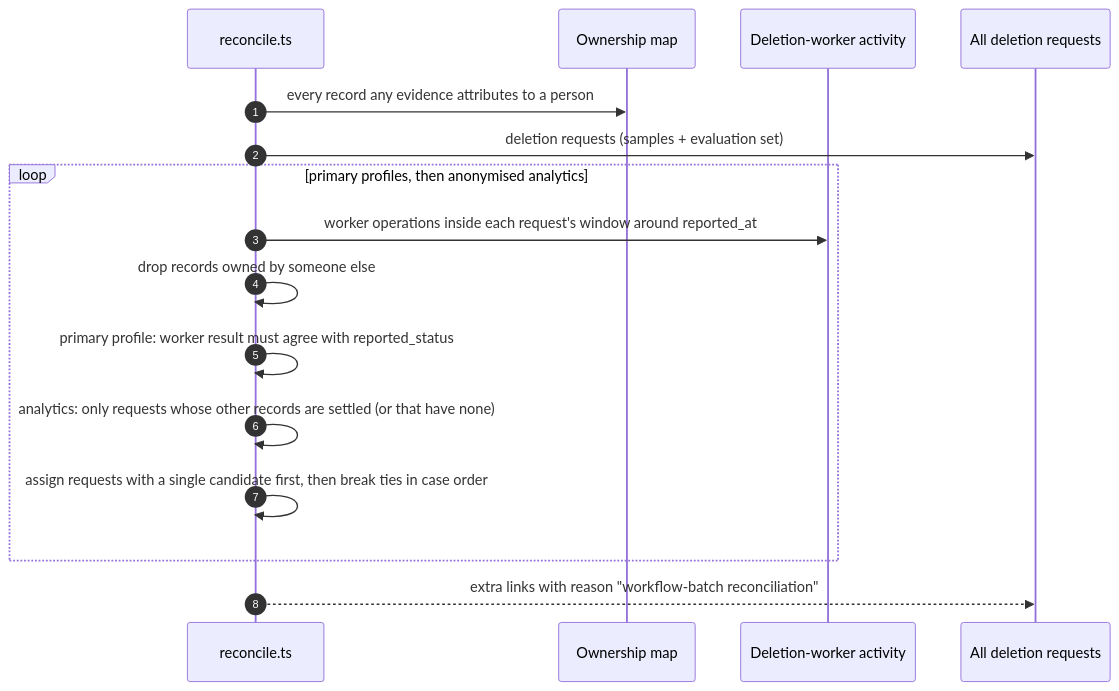
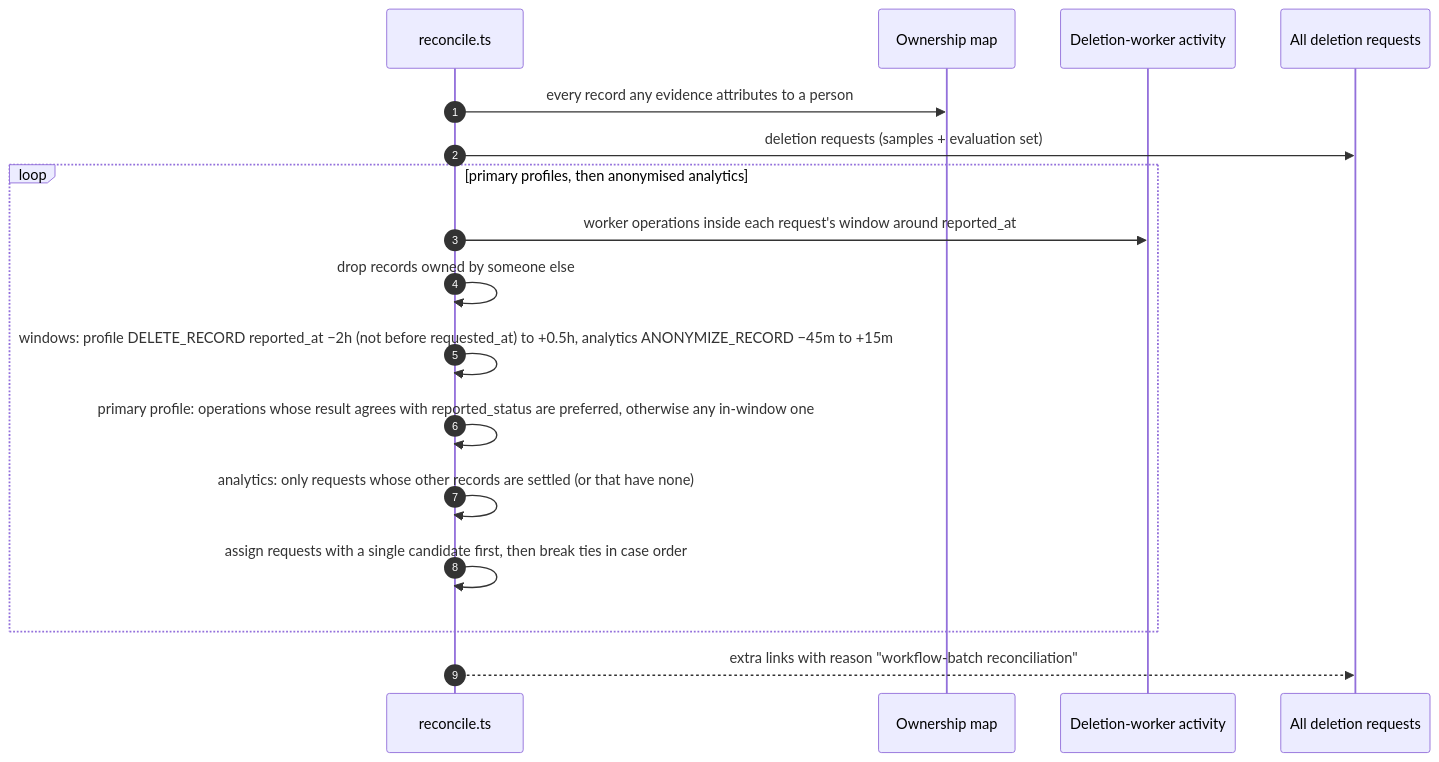
Diagram 14 of 14 in code/docs/ARCHITECTURE.md (rtnsht/hackerrank-orchestrate-october26), drawn with Mermaid before and after one commit. The commit also changed other lines of this file and 20 other files, not shown here.

````diff
--- a/code/docs/ARCHITECTURE.md
+++ b/code/docs/ARCHITECTURE.md
@@ -631,18 +651,19 @@
 ```mermaid
 sequenceDiagram
     autonumber
     participant B as reconcile.ts
     participant Own as Ownership map
     participant Act as Deletion-worker activity
     participant Rq as All deletion requests
     B->>Own: every record any evidence attributes to a person
     B->>Rq: deletion requests (samples + evaluation set)
     loop primary profiles, then anonymised analytics
         B->>Act: worker operations inside each request's window around reported_at
         B->>B: drop records owned by someone else
-        B->>B: primary profile: worker result must agree with reported_status
+        B->>B: windows: profile DELETE_RECORD reported_at −2h (not before requested_at) to +0.5h, analytics ANONYMIZE_RECORD −45m to +15m
+        B->>B: primary profile: operations whose result agrees with reported_status are preferred, otherwise any in-window one
         B->>B: analytics: only requests whose other records are settled (or that have none)
         B->>B: assign requests with a single candidate first, then break ties in case order
     end
     B-->>Rq: extra links with reason "workflow-batch reconciliation"
 ```
````
